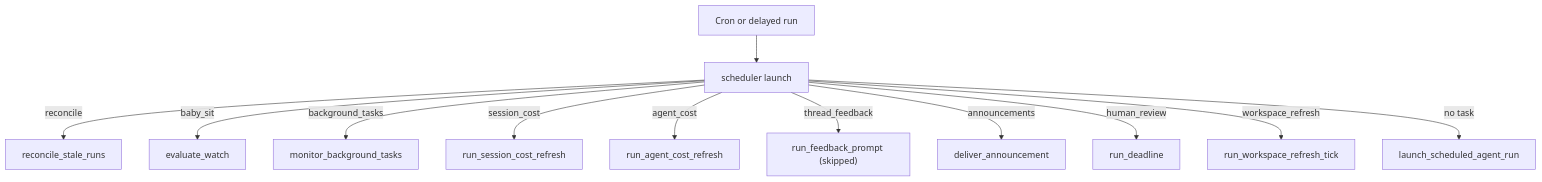
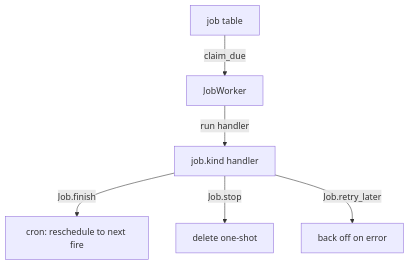
One commit to langchain-ai/open-swe changed the first of 3 diagrams in openwiki/workflows/scheduling-and-baby-sit.md. Above: the diagram before and after it, drawn with Mermaid. The commit also changed other lines of this file and 44 other files, not shown here.

````diff
--- a/openwiki/workflows/scheduling-and-baby-sit.md
+++ b/openwiki/workflows/scheduling-and-baby-sit.md
@@ -63,14 +67,8 @@
 ```mermaid
-flowchart TD
-  Tick["Cron or delayed run"] --> Launch["scheduler launch"]
-  Launch -->|reconcile| Reconcile["reconcile_stale_runs"]
-  Launch -->|baby_sit| Watch["evaluate_watch"]
-  Launch -->|background_tasks| Background["monitor_background_tasks"]
-  Launch -->|session_cost| SessionCost["run_session_cost_refresh"]
-  Launch -->|agent_cost| AgentCost["run_agent_cost_refresh"]
-  Launch -->|thread_feedback| Feedback["run_feedback_prompt (skipped)"]
-  Launch -->|announcements| Announce["deliver_announcement"]
-  Launch -->|human_review| Review["run_deadline"]
-  Launch -->|workspace_refresh| Refresh["run_workspace_refresh_tick"]
-  Launch -->|no task| Schedule["launch_scheduled_agent_run"]
+graph TD
+  DB["job table"] -->|claim_due| Worker["JobWorker"]
+  Worker -->|run handler| Handler["job.kind handler"]
+  Handler -->|Job.finish| Cron["cron: reschedule to next fire"]
+  Handler -->|Job.stop| Delete["delete one-shot"]
+  Handler -->|Job.retry_later| Retry["back off on error"]
 ```
````
